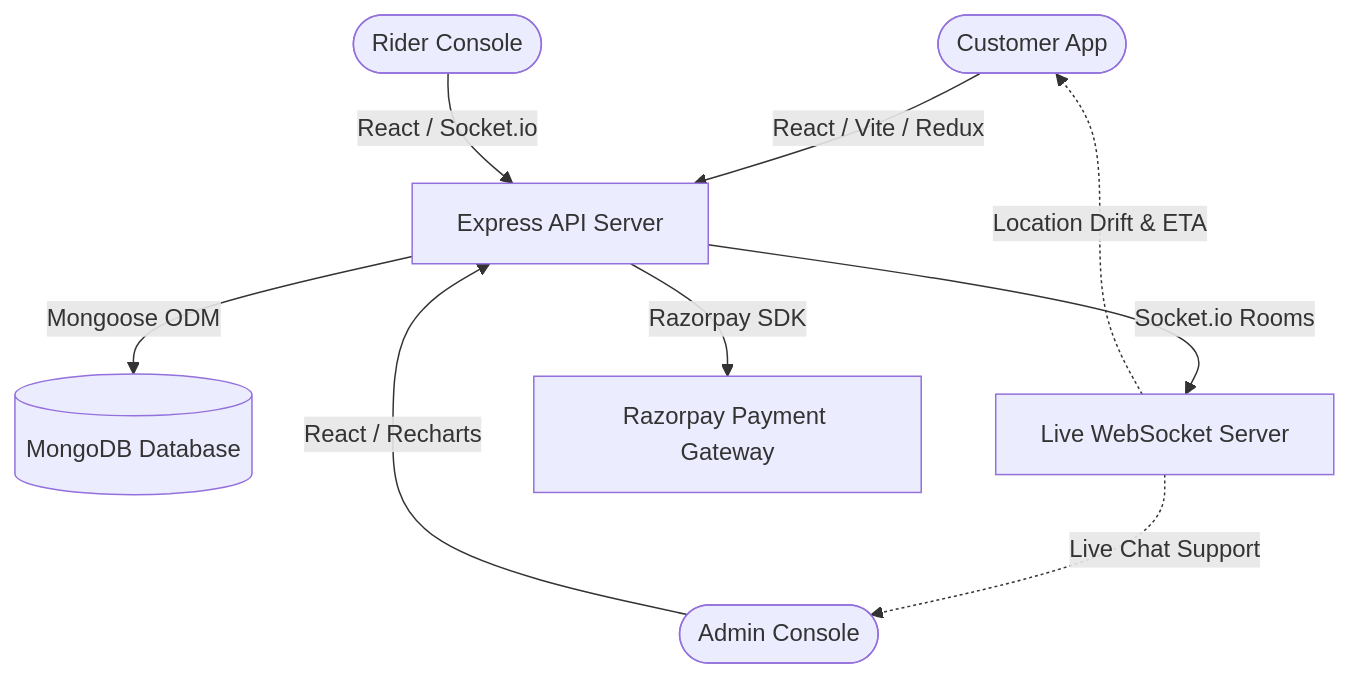
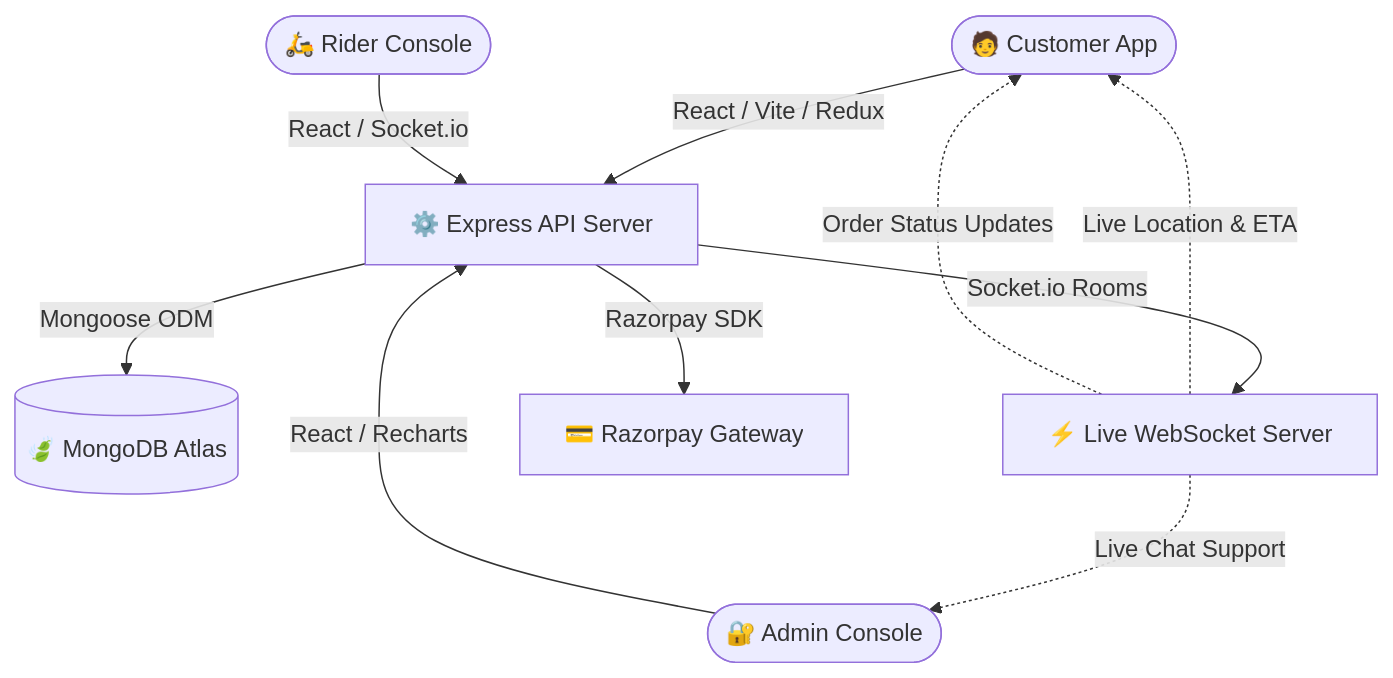
The diagram in README.md (AyushVishwakarma-CodeHub/Grovio), drawn with Mermaid before and after one commit. The commit also changed other lines of this file, not shown here.

````diff
--- a/README.md
+++ b/README.md
@@ -10,13 +42,14 @@
 ```mermaid
 graph TD
-  User([Customer App]) -->|React / Vite / Redux| API[Express API Server]
-  Rider([Rider Console]) -->|React / Socket.io| API
-  Admin([Admin Console]) -->|React / Recharts| API
+  User([🧑 Customer App]) -->|React / Vite / Redux| API[⚙️ Express API Server]
+  Rider([🛵 Rider Console]) -->|React / Socket.io| API
+  Admin([🔐 Admin Console]) -->|React / Recharts| API
   
-  API -->|Mongoose ODM| DB[(MongoDB Database)]
-  API -->|Socket.io Rooms| WS[Live WebSocket Server]
-  API -->|Razorpay SDK| Pay[Razorpay Payment Gateway]
+  API -->|Mongoose ODM| DB[(🍃 MongoDB Atlas)]
+  API -->|Socket.io Rooms| WS[⚡ Live WebSocket Server]
+  API -->|Razorpay SDK| Pay[💳 Razorpay Gateway]
   
-  WS -.->|Location Drift & ETA| User
+  WS -.->|Live Location & ETA| User
+  WS -.->|Order Status Updates| User
   WS -.->|Live Chat Support| Admin
 ```
````
